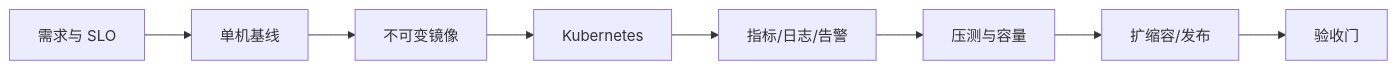
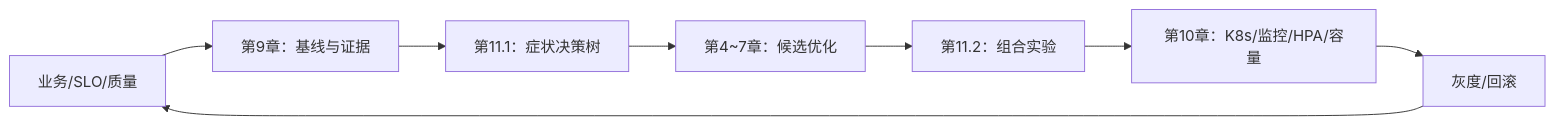
Before and after one commit to caomaolufei/AIInfraGuide: the first of 2 diagrams in docs/guides/模块四-推理优化/第11章-推理优化选型与端到端实战/11.3-端到端部署实战.md, drawn with Mermaid. The commit also changed other lines of this file and 53 other files, not shown here.

````diff
--- a/docs/guides/模块四-推理优化/第11章-推理优化选型与端到端实战/11.3-端到端部署实战.md
+++ b/docs/guides/模块四-推理优化/第11章-推理优化选型与端到端实战/11.3-端到端部署实战.md
@@ -12,5 +83,10 @@
 ```mermaid
 flowchart LR
-    R["需求与 SLO"] --> B["单机基线"] --> I["不可变镜像"] --> K["Kubernetes"]
-    K --> O["指标/日志/告警"] --> P["压测与容量"] --> A["扩缩容/发布"] --> G["验收门"]
+    R["业务/SLO/质量"] --> B["第9章：基线与证据"]
+    B --> D["第11.1：症状决策树"]
+    D --> O["第4~7章：候选优化"]
+    O --> C["第11.2：组合实验"]
+    C --> K["第10章：K8s/监控/HPA/容量"]
+    K --> G["灰度/回滚"]
+    G --> R
 ```
````
